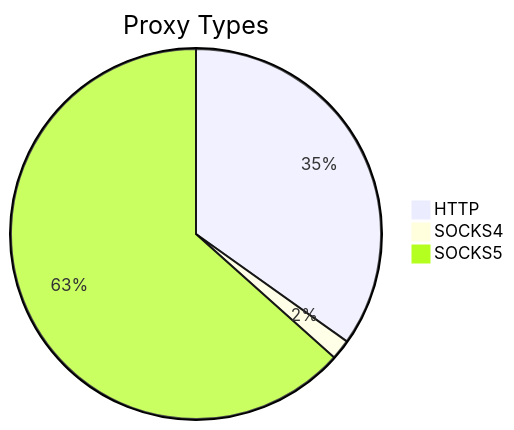
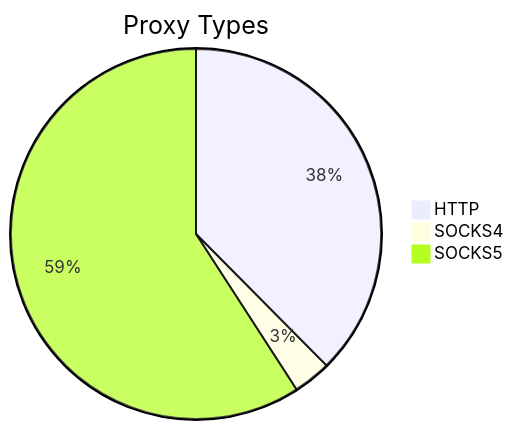
The first of 2 diagrams in README.md (stormsia/proxy-list), drawn with Mermaid before and after one commit. The commit also changed other lines of this file, not shown here.

````diff
--- a/README.md
+++ b/README.md
@@ -21,6 +21,6 @@
 ```mermaid
 pie title Proxy Types
-    "HTTP" : 138
-    "SOCKS4" : 7
-    "SOCKS5" : 251
+    "HTTP" : 148
+    "SOCKS4" : 13
+    "SOCKS5" : 233
 ```
````
